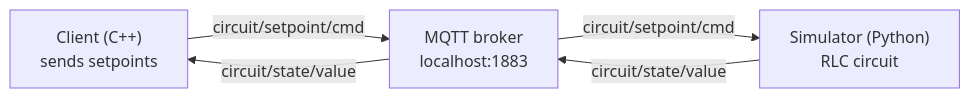
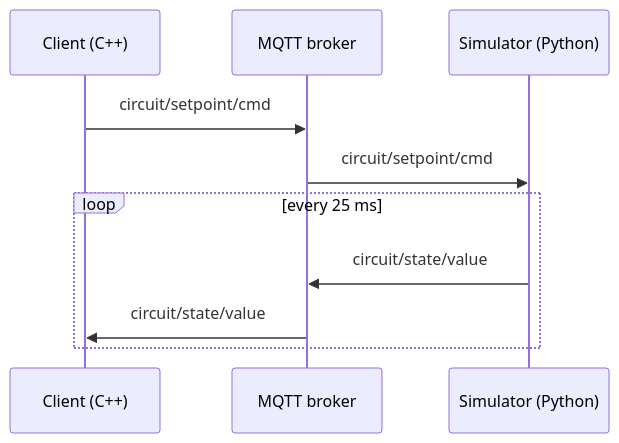
The diagram in README.md (aleksanderboe/MQTTSim), drawn with Mermaid before and after one commit.

Commit message:
Update diagram

````diff
--- a/README.md
+++ b/README.md
@@ -9,11 +9,13 @@
 ```mermaid
-flowchart LR
-    Client["Client (C++)<br/>sends setpoints"]
-    Broker["MQTT broker<br/>localhost:1883"]
-    Sim["Simulator (Python)<br/>RLC circuit"]
+sequenceDiagram
+    participant Client as Client (C++)
+    participant Broker as MQTT broker
+    participant Sim as Simulator (Python)
 
-    Client -- "circuit/setpoint/cmd" --> Broker
-    Broker -- "circuit/setpoint/cmd" --> Sim
-    Sim -- "circuit/state/value" --> Broker
-    Broker -- "circuit/state/value" --> Client
+    Client->>Broker: circuit/setpoint/cmd
+    Broker->>Sim: circuit/setpoint/cmd
+    loop every 25 ms
+        Sim->>Broker: circuit/state/value
+        Broker->>Client: circuit/state/value
+    end
 ```
````
